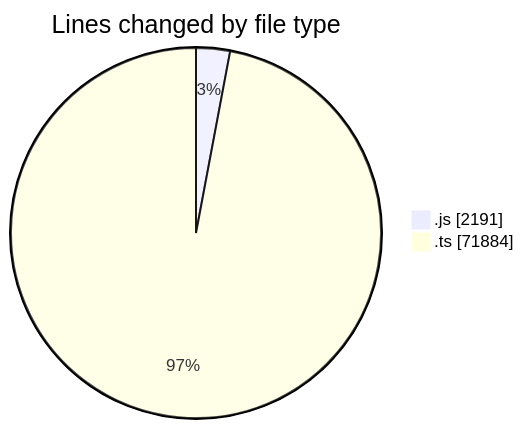
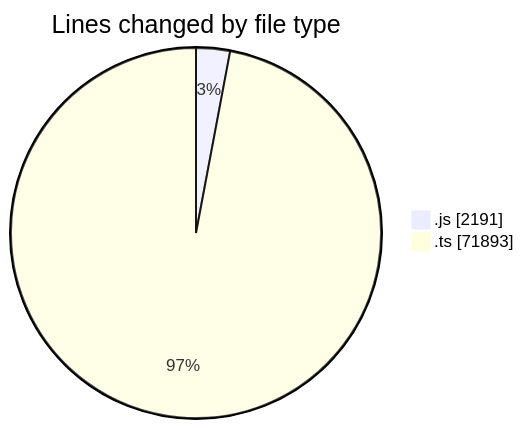
The first of 2 diagrams in 2025-06-19/cda/README.md (momahboobian/code-tracking), drawn with Mermaid before and after one commit. The commit also changed other lines of this file and 1 other file, not shown here.

````diff
--- a/2025-06-19/cda/README.md
+++ b/2025-06-19/cda/README.md
@@ -38,6 +38,6 @@
 ```mermaid
 pie showData
 title Lines changed by file type
 ".js" : 2191
-".ts" : 71884
+".ts" : 71893
 ```
````
